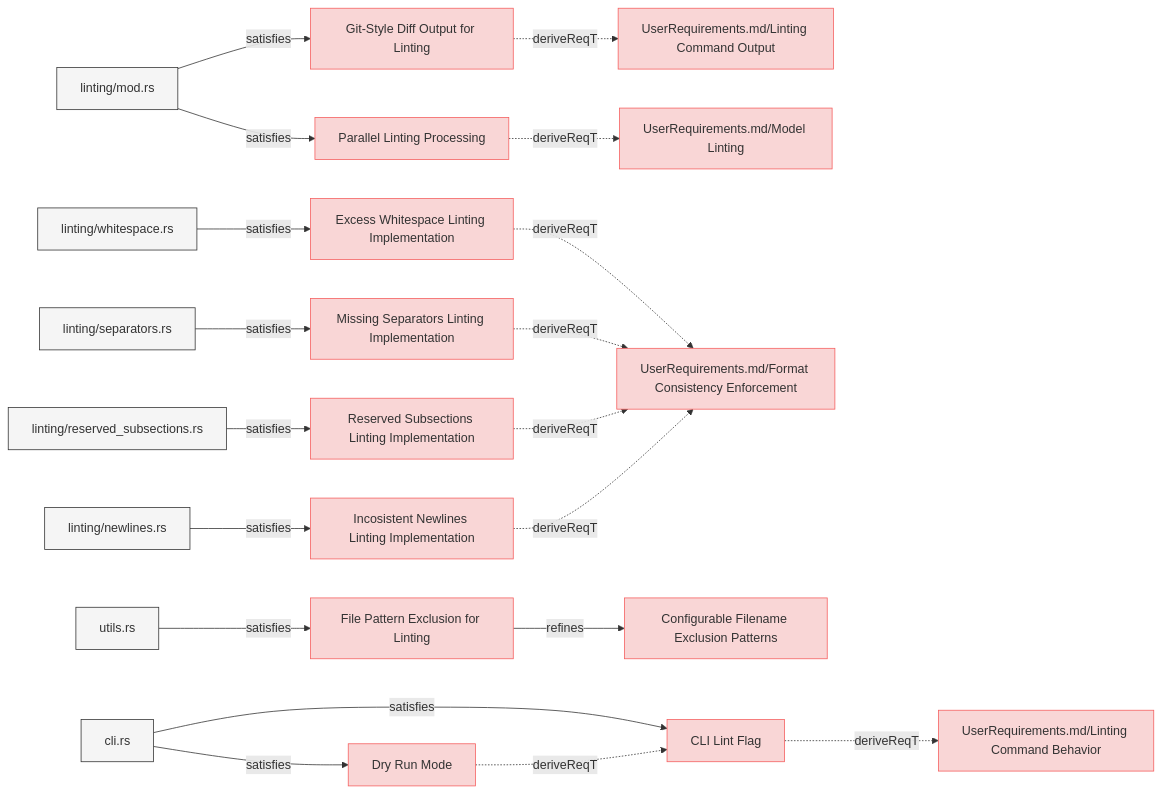
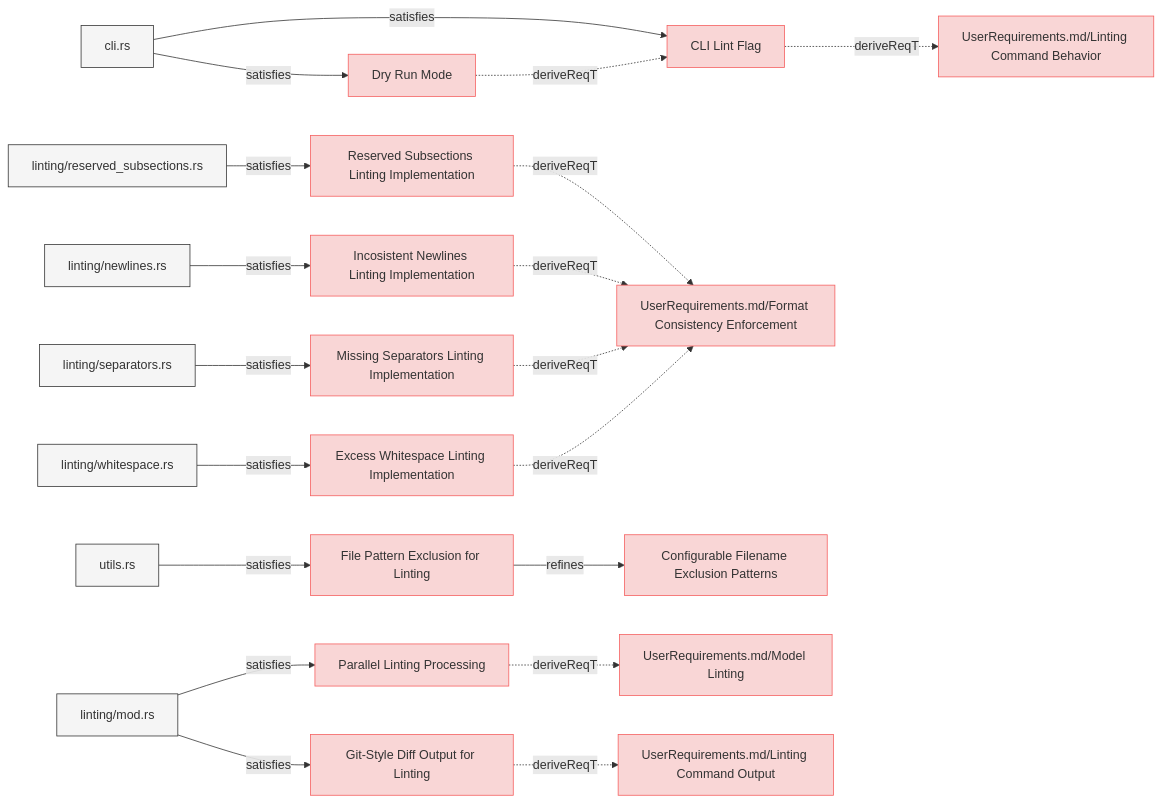
One commit to reqvire-org/reqvire changed the first of 8 diagrams in specifications/SystemRequirements/Requirements.md. Above: the diagram before and after it, drawn with Mermaid. The commit also changed other lines of this file and 15 other files, not shown here.

Commit message:
Linted and new diagrams generated.

````diff
--- a/specifications/SystemRequirements/Requirements.md
+++ b/specifications/SystemRequirements/Requirements.md
@@ -9,85 +9,85 @@
   classDef externalLink fill:#d0e0ff,stroke:#3080ff,stroke-width:1px;
   classDef default fill:#f5f5f5,stroke:#333333,stroke-width:1px;
 
-  7c2ad2603d27c318["Git-Style Diff Output for Linting"];
-  click 7c2ad2603d27c318 "https://github.com/Reqvire/reqvire/blob/f18e52f9f88c64f67a79abc4e93eb74b3ec22615/specifications/SystemRequirements/Requirements.md#git-style-diff-output-for-linting";
-  class 7c2ad2603d27c318 requirement;
-  62c066a5aad4dafe["UserRequirements.md/Linting Command Output"];
-  class 62c066a5aad4dafe requirement;
-  click 62c066a5aad4dafe "https://github.com/Reqvire/reqvire/blob/f18e52f9f88c64f67a79abc4e93eb74b3ec22615/specifications/UserRequirements.md#linting-command-output";
-  7c2ad2603d27c318 -.->|deriveReqT| 62c066a5aad4dafe;
-  3e39cdcf485c5250["linting/mod.rs"];
-  class 3e39cdcf485c5250 default;
-  click 3e39cdcf485c5250 "https://github.com/Reqvire/reqvire/blob/f18e52f9f88c64f67a79abc4e93eb74b3ec22615/core/src/linting/mod.rs";
-  3e39cdcf485c5250 -->|satisfies| 7c2ad2603d27c318;
+  3f235c1000d5347f["CLI Lint Flag"];
+  click 3f235c1000d5347f "https://github.com/Reqvire/reqvire/blob/b8c43d2689b933838bf1838d8a4cdf3393c9014f/specifications/SystemRequirements/Requirements.md#cli-lint-flag";
+  class 3f235c1000d5347f requirement;
+  28b0f9fa78937e61["UserRequirements.md/Linting Command Behavior"];
+  class 28b0f9fa78937e61 requirement;
+  click 28b0f9fa78937e61 "https://github.com/Reqvire/reqvire/blob/b8c43d2689b933838bf1838d8a4cdf3393c9014f/specifications/UserRequirements.md#linting-command";
+  3f235c1000d5347f -.->|deriveReqT| 28b0f9fa78937e61;
+  2f21d2133dbfd205["cli.rs"];
+  class 2f21d2133dbfd205 default;
+  click 2f21d2133dbfd205 "https://github.com/Reqvire/reqvire/blob/b8c43d2689b933838bf1838d8a4cdf3393c9014f/cli/src/cli.rs";
+  2f21d2133dbfd205 -->|satisfies| 3f235c1000d5347f;
+  56174a2a92eb637["Reserved Subsections Linting Implementation"];
+  click 56174a2a92eb637 "https://github.com/Reqvire/reqvire/blob/b8c43d2689b933838bf1838d8a4cdf3393c9014f/specifications/SystemRequirements/Requirements.md#reserved-subsections-linting-implementation";
+  class 56174a2a92eb637 requirement;
+  1ddbeea0cf8eaad5["UserRequirements.md/Format Consistency Enforcement"];
+  class 1ddbeea0cf8eaad5 requirement;
+  click 1ddbeea0cf8eaad5 "https://github.com/Reqvire/reqvire/blob/b8c43d2689b933838bf1838d8a4cdf3393c9014f/specifications/UserRequirements.md#format-consistency-enforcement";
+  56174a2a92eb637 -.->|deriveReqT| 1ddbeea0cf8eaad5;
+  8c7c2481d50c628c["linting/reserved_subsections.rs"];
+  class 8c7c2481d50c628c default;
+  click 8c7c2481d50c628c "https://github.com/Reqvire/reqvire/blob/b8c43d2689b933838bf1838d8a4cdf3393c9014f/core/src/linting/indentation.rs";
+  8c7c2481d50c628c -->|satisfies| 56174a2a92eb637;
+  48e8a0b4b18111c4["File Pattern Exclusion for Linting"];
+  click 48e8a0b4b18111c4 "https://github.com/Reqvire/reqvire/blob/b8c43d2689b933838bf1838d8a4cdf3393c9014f/specifications/SystemRequirements/Requirements.md#file-pattern-exclusion-for-linting";
+  class 48e8a0b4b18111c4 requirement;
+  4bf74699f40f4a76["Configurable Filename Exclusion Patterns"];
+  class 4bf74699f40f4a76 requirement;
+  click 4bf74699f40f4a76 "https://github.com/Reqvire/reqvire/blob/b8c43d2689b933838bf1838d8a4cdf3393c9014f/specifications/SystemRequirements/Requirements.md#configurable-filename-exclusion-patterns";
+  48e8a0b4b18111c4 -->|refines| 4bf74699f40f4a76;
+  85989fd7bb727157["utils.rs"];
+  class 85989fd7bb727157 default;
+  click 85989fd7bb727157 "https://github.com/Reqvire/reqvire/blob/b8c43d2689b933838bf1838d8a4cdf3393c9014f/core/src/utils.rs";
+  85989fd7bb727157 -->|satisfies| 48e8a0b4b18111c4;
+  e42a0715e74ccd66["Incosistent Newlines Linting Implementation"];
+  click e42a0715e74ccd66 "https://github.com/Reqvire/reqvire/blob/b8c43d2689b933838bf1838d8a4cdf3393c9014f/specifications/SystemRequirements/Requirements.md#incosistent-newlines-linting-implementation";
+  class e42a0715e74ccd66 requirement;
+  e42a0715e74ccd66 -.->|deriveReqT| 1ddbeea0cf8eaad5;
+  411d20097517505a["linting/newlines.rs"];
+  class 411d20097517505a default;
+  click 411d20097517505a "https://github.com/Reqvire/reqvire/blob/b8c43d2689b933838bf1838d8a4cdf3393c9014f/core/src/linting/newlines.rs";
+  411d20097517505a -->|satisfies| e42a0715e74ccd66;
   c87ad8ce58149089["Parallel Linting Processing"];
-  click c87ad8ce58149089 "https://github.com/Reqvire/reqvire/blob/f18e52f9f88c64f67a79abc4e93eb74b3ec22615/specifications/SystemRequirements/Requirements.md#parallel-linting-processing";
+  click c87ad8ce58149089 "https://github.com/Reqvire/reqvire/blob/b8c43d2689b933838bf1838d8a4cdf3393c9014f/specifications/SystemRequirements/Requirements.md#parallel-linting-processing";
   class c87ad8ce58149089 requirement;
   84c4dc11e82e8638["UserRequirements.md/Model Linting"];
   class 84c4dc11e82e8638 requirement;
-  click 84c4dc11e82e8638 "https://github.com/Reqvire/reqvire/blob/f18e52f9f88c64f67a79abc4e93eb74b3ec22615/specifications/UserRequirements.md#model-linting";
+  click 84c4dc11e82e8638 "https://github.com/Reqvire/reqvire/blob/b8c43d2689b933838bf1838d8a4cdf3393c9014f/specifications/UserRequirements.md#model-linting";
   c87ad8ce58149089 -.->|deriveReqT| 84c4dc11e82e8638;
+  3e39cdcf485c5250["linting/mod.rs"];
+  class 3e39cdcf485c5250 default;
+  click 3e39cdcf485c5250 "https://github.com/Reqvire/reqvire/blob/b8c43d2689b933838bf1838d8a4cdf3393c9014f/core/src/linting/mod.rs";
   3e39cdcf485c5250 -->|satisfies| c87ad8ce58149089;
-  ab8dfb01e717d34["Excess Whitespace Linting Implementation"];
-  click ab8dfb01e717d34 "https://github.com/Reqvire/reqvire/blob/f18e52f9f88c64f67a79abc4e93eb74b3ec22615/specifications/SystemRequirements/Requirements.md#excess-whitespace-linting-implementation";
-  class ab8dfb01e717d34 requirement;
-  1ddbeea0cf8eaad5["UserRequirements.md/Format Consistency Enforcement"];
-  class 1ddbeea0cf8eaad5 requirement;
-  click 1ddbeea0cf8eaad5 "https://github.com/Reqvire/reqvire/blob/f18e52f9f88c64f67a79abc4e93eb74b3ec22615/specifications/UserRequirements.md#format-consistency-enforcement";
-  ab8dfb01e717d34 -.->|deriveReqT| 1ddbeea0cf8eaad5;
-  fd5178bf78bae55c["linting/whitespace.rs"];
-  class fd5178bf78bae55c default;
-  click fd5178bf78bae55c "https://github.com/Reqvire/reqvire/blob/f18e52f9f88c64f67a79abc4e93eb74b3ec22615/core/src/linting/whitespace.rs";
-  fd5178bf78bae55c -->|satisfies| ab8dfb01e717d34;
   f540b21f7eced636["Missing Separators Linting Implementation"];
-  click f540b21f7eced636 "https://github.com/Reqvire/reqvire/blob/f18e52f9f88c64f67a79abc4e93eb74b3ec22615/specifications/SystemRequirements/Requirements.md#missing-separators-linting-implementation";
+  click f540b21f7eced636 "https://github.com/Reqvire/reqvire/blob/b8c43d2689b933838bf1838d8a4cdf3393c9014f/specifications/SystemRequirements/Requirements.md#missing-separators-linting-implementation";
   class f540b21f7eced636 requirement;
   f540b21f7eced636 -.->|deriveReqT| 1ddbeea0cf8eaad5;
   45e2af09e602182a["linting/separators.rs"];
   class 45e2af09e602182a default;
-  click 45e2af09e602182a "https://github.com/Reqvire/reqvire/blob/f18e52f9f88c64f67a79abc4e93eb74b3ec22615/core/src/linting/separators.rs";
+  click 45e2af09e602182a "https://github.com/Reqvire/reqvire/blob/b8c43d2689b933838bf1838d8a4cdf3393c9014f/core/src/linting/separators.rs";
   45e2af09e602182a -->|satisfies| f540b21f7eced636;
-  48e8a0b4b18111c4["File Pattern Exclusion for Linting"];
-  click 48e8a0b4b18111c4 "https://github.com/Reqvire/reqvire/blob/f18e52f9f88c64f67a79abc4e93eb74b3ec22615/specifications/SystemRequirements/Requirements.md#file-pattern-exclusion-for-linting";
-  class 48e8a0b4b18111c4 requirement;
-  4bf74699f40f4a76["Configurable Filename Exclusion Patterns"];
-  class 4bf74699f40f4a76 requirement;
-  click 4bf74699f40f4a76 "https://github.com/Reqvire/reqvire/blob/f18e52f9f88c64f67a79abc4e93eb74b3ec22615/specifications/SystemRequirements/Requirements.md#configurable-filename-exclusion-patterns";
-  48e8a0b4b18111c4 -->|refines| 4bf74699f40f4a76;
-  85989fd7bb727157["utils.rs"];
-  class 85989fd7bb727157 default;
-  click 85989fd7bb727157 "https://github.com/Reqvire/reqvire/blob/f18e52f9f88c64f67a79abc4e93eb74b3ec22615/core/src/utils.rs";
-  85989fd7bb727157 -->|satisfies| 48e8a0b4b18111c4;
-  3f235c1000d5347f["CLI Lint Flag"];
-  click 3f235c1000d5347f "https://github.com/Reqvire/reqvire/blob/f18e52f9f88c64f67a79abc4e93eb74b3ec22615/specifications/SystemRequirements/Requirements.md#cli-lint-flag";
-  class 3f235c1000d5347f requirement;
-  28b0f9fa78937e61["UserRequirements.md/Linting Command Behavior"];
-  class 28b0f9fa78937e61 requirement;
-  click 28b0f9fa78937e61 "https://github.com/Reqvire/reqvire/blob/f18e52f9f88c64f67a79abc4e93eb74b3ec22615/specifications/UserRequirements.md#linting-command";
-  3f235c1000d5347f -.->|deriveReqT| 28b0f9fa78937e61;
-  2f21d2133dbfd205["cli.rs"];
-  class 2f21d2133dbfd205 default;
-  click 2f21d2133dbfd205 "https://github.com/Reqvire/reqvire/blob/f18e52f9f88c64f67a79abc4e93eb74b3ec22615/cli/src/cli.rs";
-  2f21d2133dbfd205 -->|satisfies| 3f235c1000d5347f;
-  56174a2a92eb637["Reserved Subsections Linting Implementation"];
-  click 56174a2a92eb637 "https://github.com/Reqvire/reqvire/blob/f18e52f9f88c64f67a79abc4e93eb74b3ec22615/specifications/SystemRequirements/Requirements.md#reserved-subsections-linting-implementation";
-  class 56174a2a92eb637 requirement;
-  56174a2a92eb637 -.->|deriveReqT| 1ddbeea0cf8eaad5;
-  8c7c2481d50c628c["linting/reserved_subsections.rs"];
-  class 8c7c2481d50c628c default;
-  click 8c7c2481d50c628c "https://github.com/Reqvire/reqvire/blob/f18e52f9f88c64f67a79abc4e93eb74b3ec22615/core/src/linting/indentation.rs";
-  8c7c2481d50c628c -->|satisfies| 56174a2a92eb637;
+  7c2ad2603d27c318["Git-Style Diff Output for Linting"];
+  click 7c2ad2603d27c318 "https://github.com/Reqvire/reqvire/blob/b8c43d2689b933838bf1838d8a4cdf3393c9014f/specifications/SystemRequirements/Requirements.md#git-style-diff-output-for-linting";
+  class 7c2ad2603d27c318 requirement;
+  62c066a5aad4dafe["UserRequirements.md/Linting Command Output"];
+  class 62c066a5aad4dafe requirement;
+  click 62c066a5aad4dafe "https://github.com/Reqvire/reqvire/blob/b8c43d2689b933838bf1838d8a4cdf3393c9014f/specifications/UserRequirements.md#linting-command-output";
+  7c2ad2603d27c318 -.->|deriveReqT| 62c066a5aad4dafe;
+  3e39cdcf485c5250 -->|satisfies| 7c2ad2603d27c318;
+  ab8dfb01e717d34["Excess Whitespace Linting Implementation"];
+  click ab8dfb01e717d34 "https://github.com/Reqvire/reqvire/blob/b8c43d2689b933838bf1838d8a4cdf3393c9014f/specifications/SystemRequirements/Requirements.md#excess-whitespace-linting-implementation";
+  class ab8dfb01e717d34 requirement;
+  ab8dfb01e717d34 -.->|deriveReqT| 1ddbeea0cf8eaad5;
+  fd5178bf78bae55c["linting/whitespace.rs"];
+  class fd5178bf78bae55c default;
+  click fd5178bf78bae55c "https://github.com/Reqvire/reqvire/blob/b8c43d2689b933838bf1838d8a4cdf3393c9014f/core/src/linting/whitespace.rs";
+  fd5178bf78bae55c -->|satisfies| ab8dfb01e717d34;
   d21b16b30de7350d["Dry Run Mode"];
-  click d21b16b30de7350d "https://github.com/Reqvire/reqvire/blob/f18e52f9f88c64f67a79abc4e93eb74b3ec22615/specifications/SystemRequirements/Requirements.md#dry-run-mode";
+  click d21b16b30de7350d "https://github.com/Reqvire/reqvire/blob/b8c43d2689b933838bf1838d8a4cdf3393c9014f/specifications/SystemRequirements/Requirements.md#dry-run-mode";
   class d21b16b30de7350d requirement;
   d21b16b30de7350d -.->|deriveReqT| 3f235c1000d5347f;
   2f21d2133dbfd205 -->|satisfies| d21b16b30de7350d;
-  e42a0715e74ccd66["Incosistent Newlines Linting Implementation"];
-  click e42a0715e74ccd66 "https://github.com/Reqvire/reqvire/blob/f18e52f9f88c64f67a79abc4e93eb74b3ec22615/specifications/SystemRequirements/Requirements.md#incosistent-newlines-linting-implementation";
-  class e42a0715e74ccd66 requirement;
-  e42a0715e74ccd66 -.->|deriveReqT| 1ddbeea0cf8eaad5;
-  411d20097517505a["linting/newlines.rs"];
-  class 411d20097517505a default;
-  click 411d20097517505a "https://github.com/Reqvire/reqvire/blob/f18e52f9f88c64f67a79abc4e93eb74b3ec22615/core/src/linting/newlines.rs";
-  411d20097517505a -->|satisfies| e42a0715e74ccd66;
 ```
````
